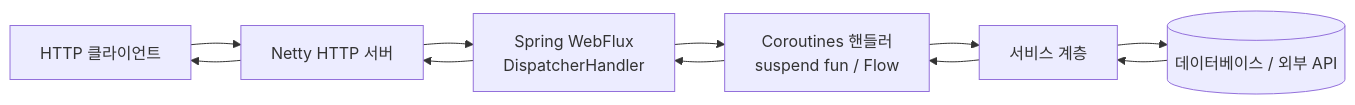
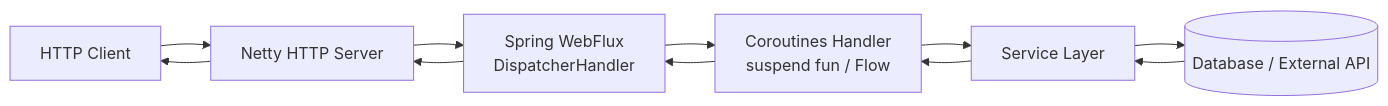
The second of 4 diagrams in spring-boot3/core/README.md (bluetape4k/bluetape4k-projects), drawn with Mermaid before and after one commit. The commit also changed other lines of this file and 265 other files, not shown here.

````diff
--- a/spring-boot3/core/README.md
+++ b/spring-boot3/core/README.md
@@ -110,13 +112,13 @@
 ```mermaid
 flowchart LR
-    Client["HTTP 클라이언트"] --> Netty["Netty HTTP 서버"]
+    Client["HTTP Client"] --> Netty["Netty HTTP Server"]
     Netty --> WebFlux["Spring WebFlux<br/>DispatcherHandler"]
-    WebFlux --> Handler["Coroutines 핸들러<br/>suspend fun / Flow"]
-    Handler --> Service["서비스 계층"]
-    Service --> DB[("데이터베이스 / 외부 API")]
+    WebFlux --> Handler["Coroutines Handler<br/>suspend fun / Flow"]
+    Handler --> Service["Service Layer"]
+    Service --> DB[("Database / External API")]
     DB --> Service
     Service --> Handler
     Handler --> WebFlux
     WebFlux --> Netty
     Netty --> Client
 ```
````
